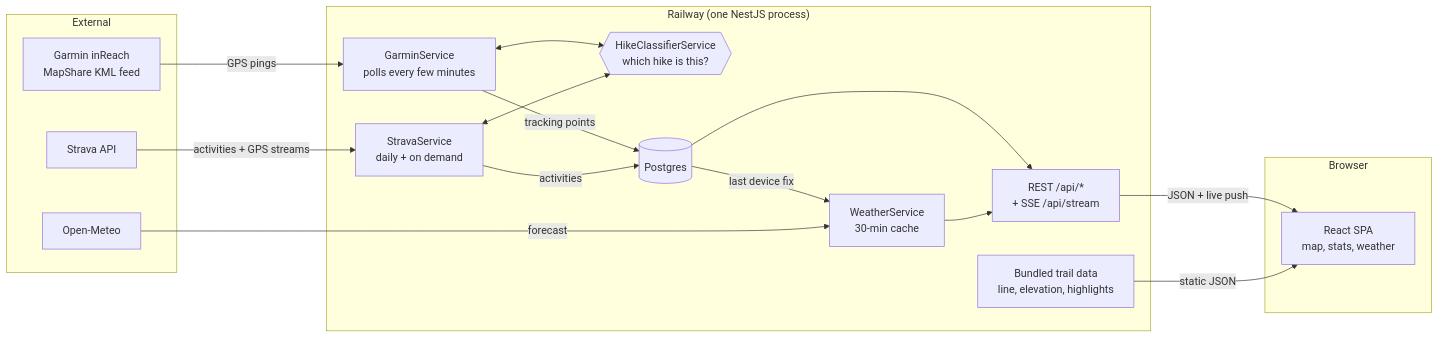
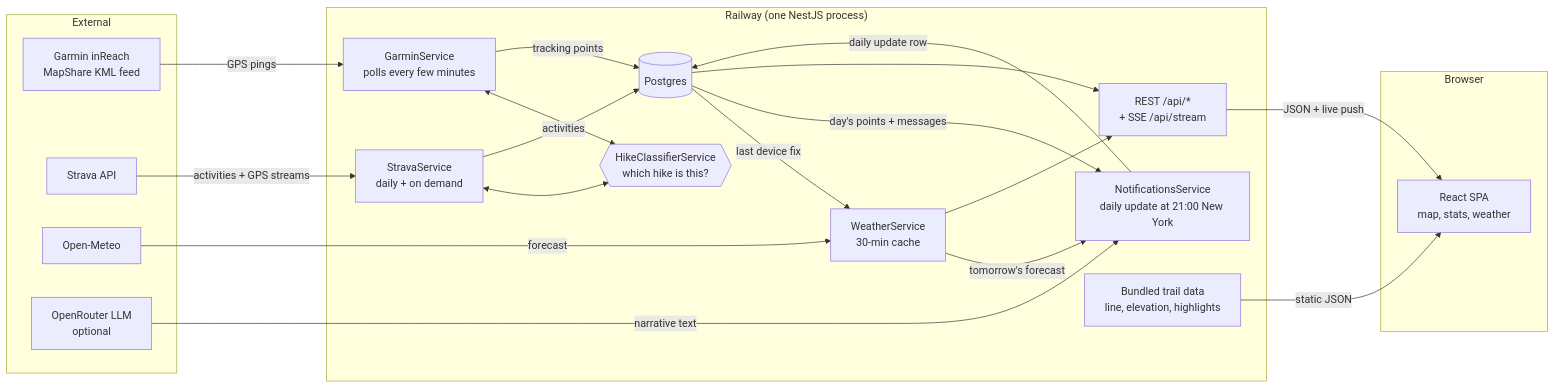
One commit to vicodut/trackpath changed the first of 3 diagrams in docs/SYSTEM_DESIGN.md. Above: the diagram before and after it, drawn with Mermaid. The commit also changed other lines of this file and 2 other files, not shown here.

Commit message:
Ticket #28: docs for the daily update (squash of worktree-agent-a65be186993784e29)

````diff
--- a/docs/SYSTEM_DESIGN.md
+++ b/docs/SYSTEM_DESIGN.md
@@ -9,35 +9,41 @@
 ```mermaid
 flowchart LR
   subgraph External
     garmin["Garmin inReach<br/>MapShare KML feed"]
     strava["Strava API"]
     meteo["Open-Meteo"]
+    llm["OpenRouter LLM<br/>optional"]
   end
 
   subgraph Railway["Railway (one NestJS process)"]
     gsvc["GarminService<br/>polls every few minutes"]
     ssvc["StravaService<br/>daily + on demand"]
     cls{{"HikeClassifierService<br/>which hike is this?"}}
     wsvc["WeatherService<br/>30-min cache"]
+    nsvc["NotificationsService<br/>daily update at 21:00 New York"]
     api["REST /api/*<br/>+ SSE /api/stream"]
     files["Bundled trail data<br/>line, elevation, highlights"]
     db[("Postgres")]
   end
 
   subgraph Browser
     spa["React SPA<br/>map, stats, weather"]
   end
 
   garmin -- "GPS pings" --> gsvc
   strava -- "activities + GPS streams" --> ssvc
   gsvc <--> cls
   ssvc <--> cls
   gsvc -- "tracking points" --> db
   ssvc -- "activities" --> db
   db -- "last device fix" --> wsvc
   meteo -- "forecast" --> wsvc
+  db -- "day's points + messages" --> nsvc
+  wsvc -- "tomorrow's forecast" --> nsvc
+  llm -- "narrative text" --> nsvc
+  nsvc -- "daily update row" --> db
   db --> api
   wsvc --> api
   api -- "JSON + live push" --> spa
   files -- "static JSON" --> spa
 ```
````
